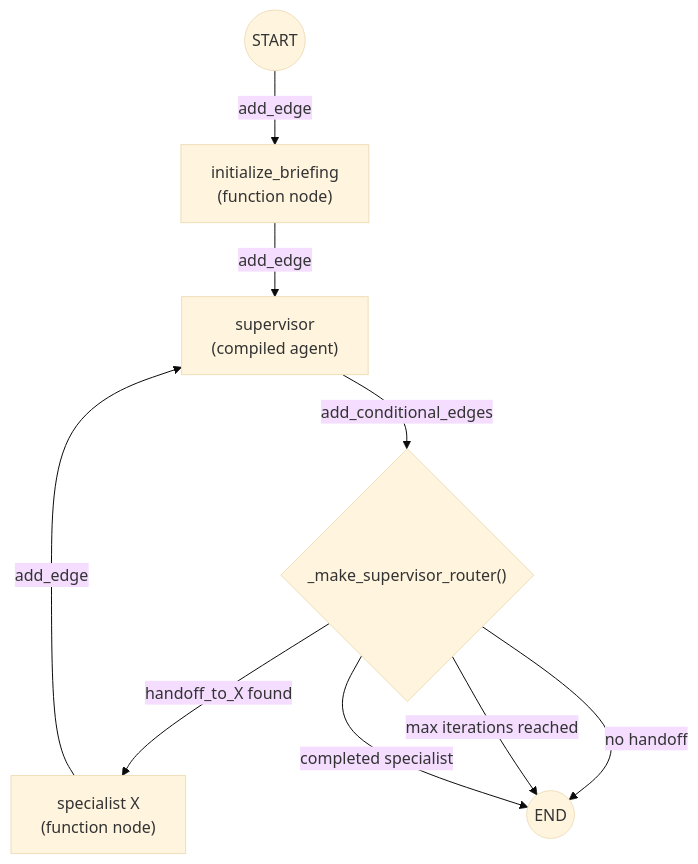
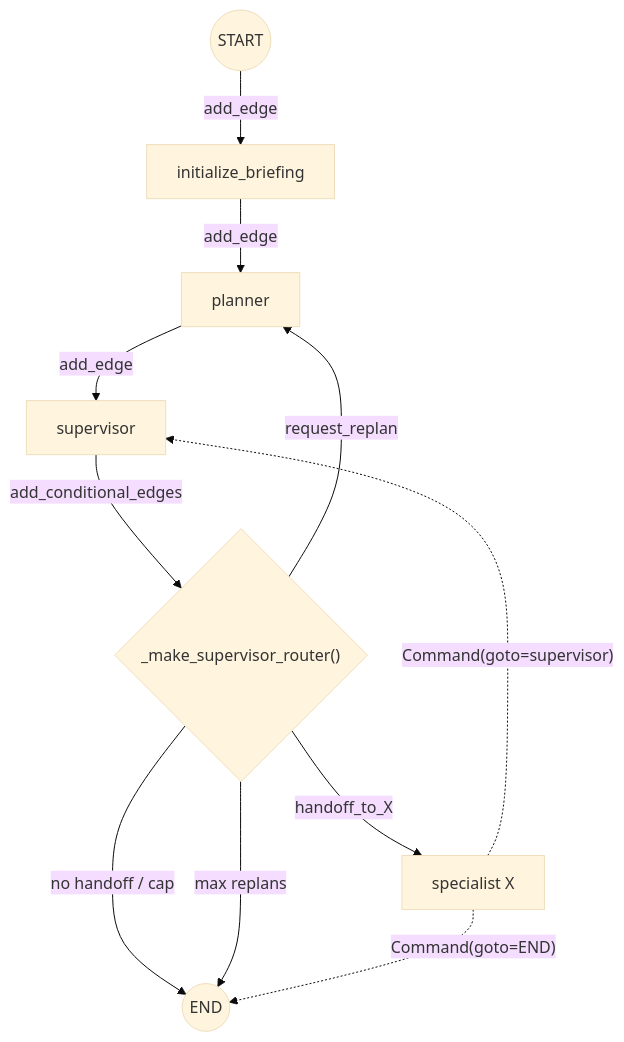
The second of 4 diagrams in docs/02-architecture/ai/supervisor-orchestrator.md (ogghst/backcast), drawn with Mermaid (base theme) before and after one commit. The commit also changed other lines of this file and 18 other files, not shown here.

First line of the commit message:
docs(ai): rationalize AI architecture docs to one canonical per macro topic

````diff
--- a/docs/02-architecture/ai/supervisor-orchestrator.md
+++ b/docs/02-architecture/ai/supervisor-orchestrator.md
@@ -342,11 +322,13 @@
 ```mermaid
 flowchart TD
-    START((START)) -->|"add_edge"| INIT["initialize_briefing\n(function node)"]
-    INIT -->|"add_edge"| SUP["supervisor\n(compiled agent)"]
+    START((START)) -->|"add_edge"| INIT["initialize_briefing"]
+    INIT -->|"add_edge"| PLAN["planner"]
+    PLAN -->|"add_edge"| SUP["supervisor"]
     SUP -->|"add_conditional_edges"| ROUTE{"_make_supervisor_router()"}
-    ROUTE -->|"handoff_to_X found"| SPEC_X["specialist X\n(function node)"]
-    ROUTE -->|"no handoff"| END_NODE((END))
-    ROUTE -->|"max iterations reached"| END_NODE
-    ROUTE -->|"completed specialist"| END_NODE
-    SPEC_X -->|"add_edge"| SUP
+    ROUTE -->|"handoff_to_X"| SPEC_X["specialist X"]
+    ROUTE -->|"request_replan"| PLAN
+    ROUTE -->|"no handoff / cap"| END_NODE((END))
+    ROUTE -->|"max replans"| END_NODE
+    SPEC_X -.->|"Command(goto=supervisor)"| SUP
+    SPEC_X -.->|"Command(goto=END)"| END_NODE
 ```
````
